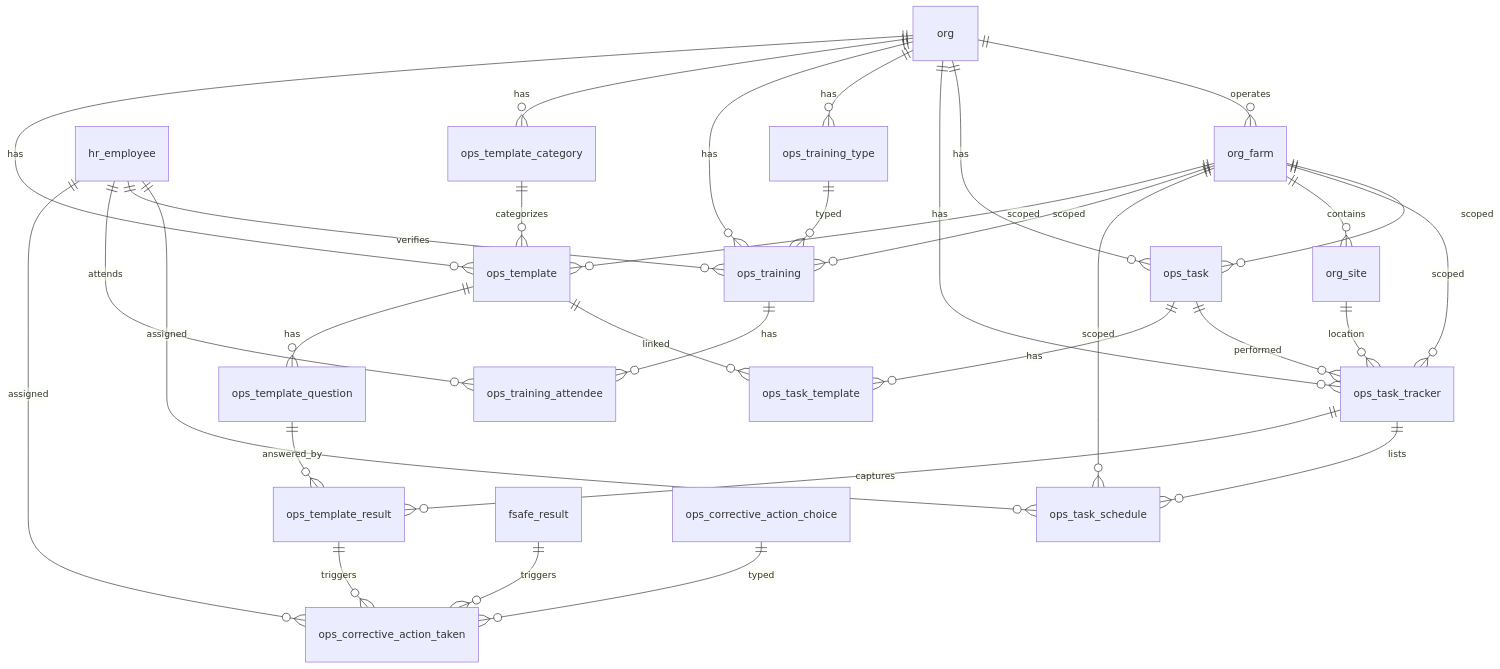
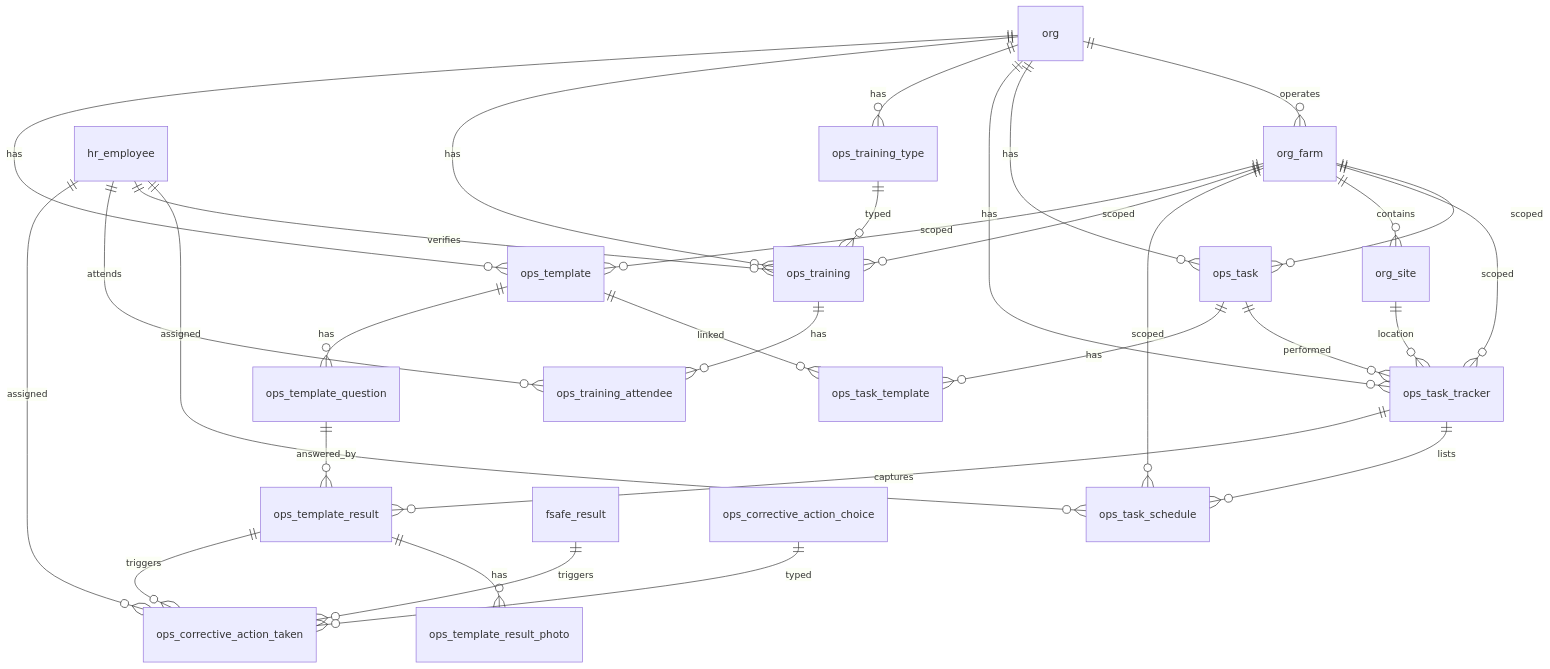
Before and after one commit to Hawaii-Farming/aloha-app: the diagram in docs/schemas/20260327_05_ops.md, drawn with Mermaid. The commit also changed other lines of this file and 14 other files, not shown here.

````diff
--- a/docs/schemas/20260327_05_ops.md
+++ b/docs/schemas/20260327_05_ops.md
@@ -9,36 +9,35 @@
 ```mermaid
 erDiagram
     org ||--o{ org_farm : operates
     org ||--o{ ops_task : has
     org_farm ||--o{ ops_task : scoped
     org ||--o{ ops_task_tracker : has
     org_farm ||--o{ ops_task_tracker : scoped
     org_farm ||--o{ org_site : contains
     org_site ||--o{ ops_task_tracker : location
     ops_task ||--o{ ops_task_tracker : performed
     ops_task ||--o{ ops_task_template : has
     ops_template ||--o{ ops_task_template : linked
     ops_task_tracker ||--o{ ops_task_schedule : lists
     org_farm ||--o{ ops_task_schedule : scoped
     hr_employee ||--o{ ops_task_schedule : assigned
 
     org ||--o{ ops_training_type : has
     org ||--o{ ops_training : has
     org_farm ||--o{ ops_training : scoped
     ops_training_type ||--o{ ops_training : typed
     hr_employee ||--o{ ops_training : verifies
     ops_training ||--o{ ops_training_attendee : has
     hr_employee ||--o{ ops_training_attendee : attends
 
-    org ||--o{ ops_template_category : has
-    ops_template_category ||--o{ ops_template : categorizes
     org ||--o{ ops_template : has
     org_farm ||--o{ ops_template : scoped
     ops_template ||--o{ ops_template_question : has
     ops_template_question ||--o{ ops_template_result : answered_by
     ops_task_tracker ||--o{ ops_template_result : captures
+    ops_template_result ||--o{ ops_template_result_photo : has
     ops_template_result ||--o{ ops_corrective_action_taken : triggers
     fsafe_result ||--o{ ops_corrective_action_taken : triggers
     ops_corrective_action_choice ||--o{ ops_corrective_action_taken : typed
     hr_employee ||--o{ ops_corrective_action_taken : assigned
 ```
````
